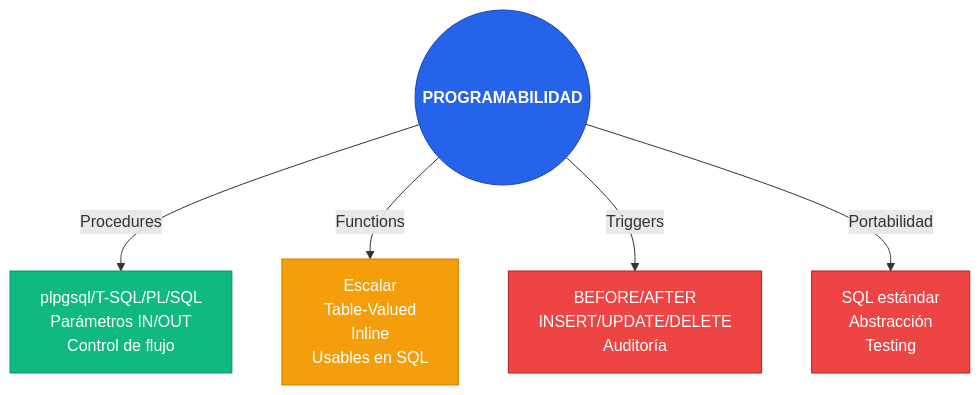
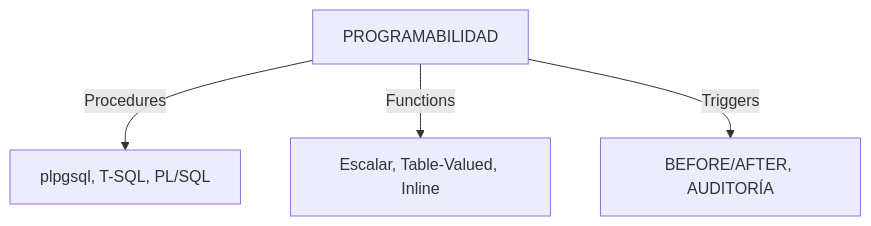
One commit to rraulherediaa/PracticasEstructurasDatos changed the ninth of 12 diagrams in diagramas.md. Above: the diagram before and after it, drawn with Mermaid. The commit also changed other lines of this file and 1 other file, not shown here.

Commit message:
fix: simplificar diagramas Mermaid al máximo para asegurar compatibilidad total

````diff
--- a/diagramas.md
+++ b/diagramas.md
@@ -188,18 +113,8 @@
 ```mermaid
 flowchart TD
-    Prog(("PROGRAMABILIDAD"))
+    Prog["PROGRAMABILIDAD"]
     
-    Prog -->|Procedures| SP["plpgsql/T-SQL/PL/SQL<br/>Parámetros IN/OUT<br/>Control de flujo"]
-    Prog -->|Functions| UDF["Escalar<br/>Table-Valued<br/>Inline<br/>Usables en SQL"]
-    Prog -->|Triggers| TRG["BEFORE/AFTER<br/>INSERT/UPDATE/DELETE<br/>Auditoría"]
-    Prog -->|Portabilidad| PORT["SQL estándar<br/>Abstracción<br/>Testing"]
-
-    classDef central fill:#2563eb,color:#fff,font-weight:bold,stroke:#1e40af
-    classDef sp fill:#10b981,color:#fff,stroke:#059669
-    classDef udf fill:#f59e0b,color:#fff,stroke:#d97706
-    classDef trig fill:#ef4444,color:#fff,stroke:#b91c1c
-    class Prog central
-    class SP sp
-    class UDF udf
-    class TRG,PORT trig
+    Prog -->|Procedures| SP["plpgsql, T-SQL, PL/SQL"]
+    Prog -->|Functions| UDF["Escalar, Table-Valued, Inline"]
+    Prog -->|Triggers| TRG["BEFORE/AFTER, AUDITORÍA"]
 ```
````
